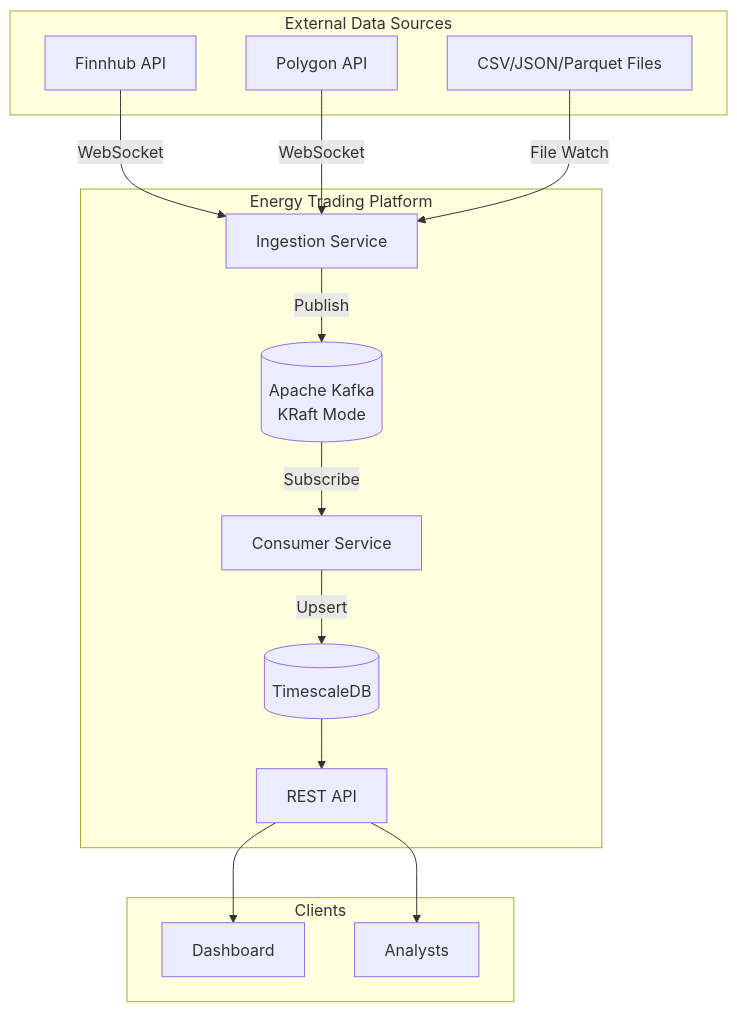
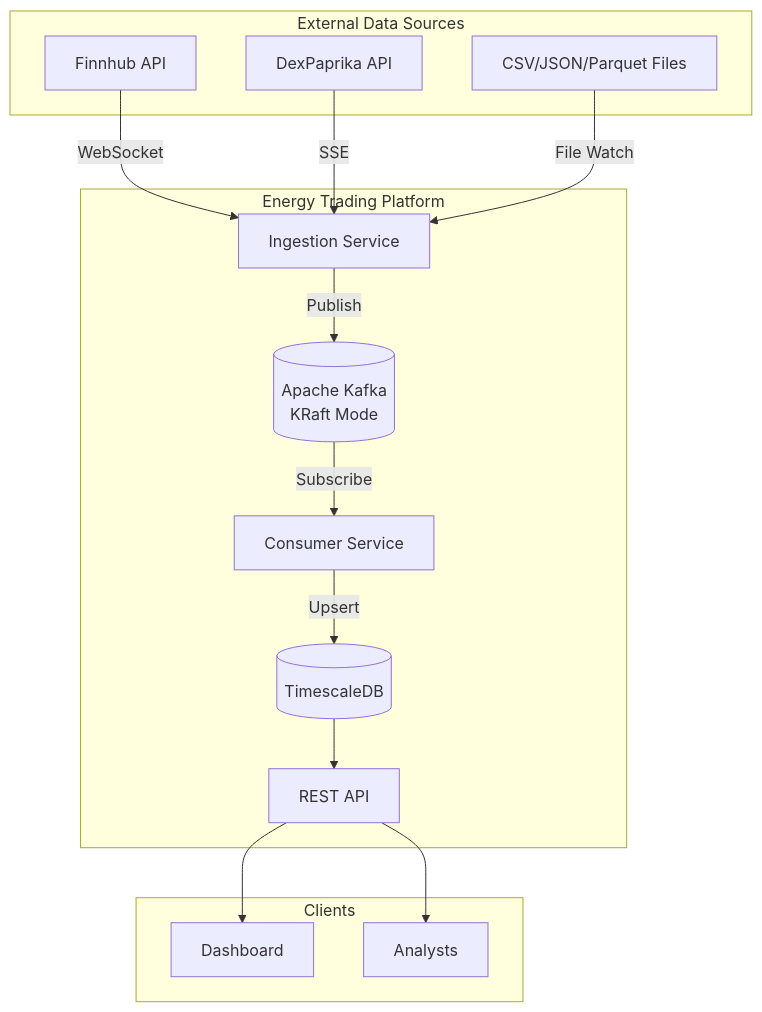
Before and after one commit to BNSBNS/DEPlayground: the first of 15 diagrams in JanAndFeb/architecture-diagrams.md, drawn with Mermaid. The commit also changed other lines of this file and 47 other files, not shown here.

````diff
--- a/JanAndFeb/architecture-diagrams.md
+++ b/JanAndFeb/architecture-diagrams.md
@@ -39,31 +39,31 @@
 ```mermaid
 flowchart TB
     subgraph External["External Data Sources"]
         FH[Finnhub API]
-        PG[Polygon API]
+        DP[DexPaprika API]
         FILES[CSV/JSON/Parquet Files]
     end
 
     subgraph Platform["Energy Trading Platform"]
         ING[Ingestion Service]
         KAFKA[(Apache Kafka<br/>KRaft Mode)]
         CONS[Consumer Service]
         DB[(TimescaleDB)]
         API[REST API]
     end
 
     subgraph Clients["Clients"]
         DASH[Dashboard]
         ANALYST[Analysts]
     end
 
     FH -->|WebSocket| ING
-    PG -->|WebSocket| ING
+    DP -->|SSE| ING
     FILES -->|File Watch| ING
     ING -->|Publish| KAFKA
     KAFKA -->|Subscribe| CONS
     CONS -->|Upsert| DB
     DB --> API
     API --> DASH
     API --> ANALYST
 ```
````
